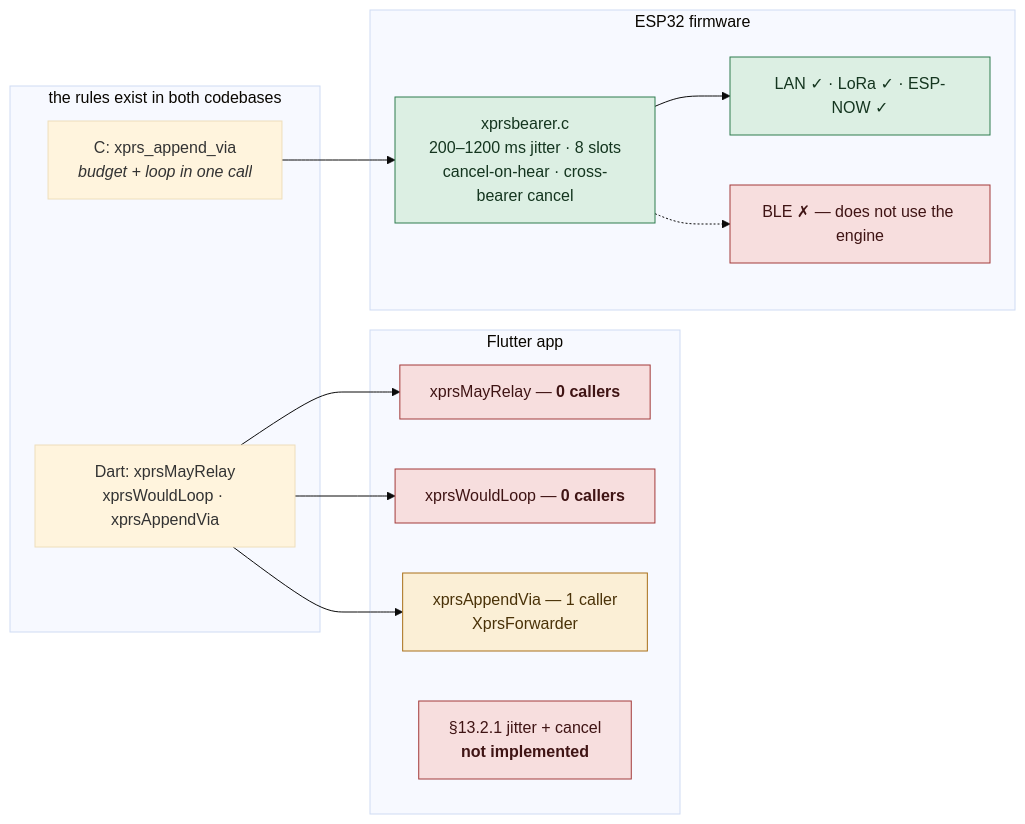
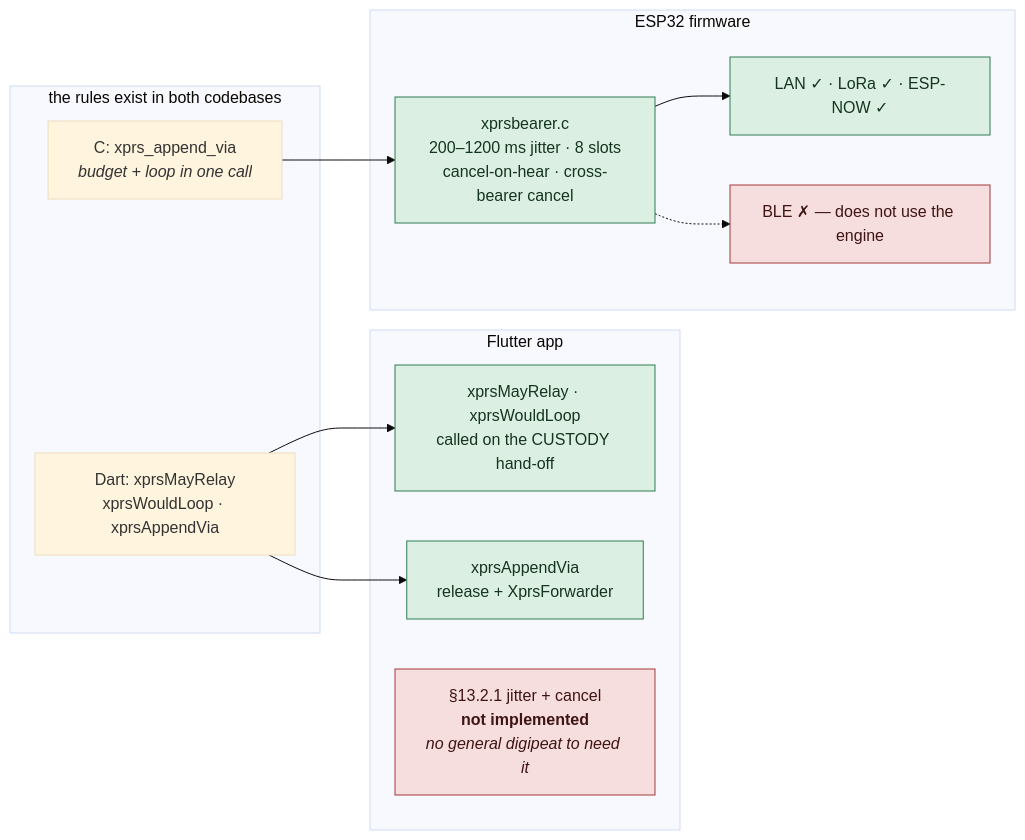
The third of 7 diagrams in docs/diagrams/relay-gateway-flow.md (xprs-dev/app), drawn with Mermaid (base theme) before and after one commit. The commit also changed other lines of this file and 1 other file, not shown here.

First line of the commit message:
Diagrams: fig 3 and the deviations table now match the code

````diff
--- a/docs/diagrams/relay-gateway-flow.md
+++ b/docs/diagrams/relay-gateway-flow.md
@@ -126,31 +126,29 @@
 ```mermaid
 flowchart LR
     subgraph CODEC["the rules exist in both codebases"]
         C1["Dart: xprsMayRelay<br/>xprsWouldLoop · xprsAppendVia"]
         C2["C: xprs_append_via<br/><i>budget + loop in one call</i>"]
     end
 
     subgraph DART["Flutter app"]
-        D1["xprsMayRelay — <b>0 callers</b>"]
-        D2["xprsWouldLoop — <b>0 callers</b>"]
-        D3["xprsAppendVia — 1 caller<br/>XprsForwarder"]
-        D4["§13.2.1 jitter + cancel<br/><b>not implemented</b>"]
+        D1["xprsMayRelay · xprsWouldLoop<br/>called on the CUSTODY hand-off"]
+        D3["xprsAppendVia<br/>release + XprsForwarder"]
+        D4["§13.2.1 jitter + cancel<br/><b>not implemented</b><br/><i>no general digipeat to need it</i>"]
     end
 
     subgraph FW["ESP32 firmware"]
         F1["xprsbearer.c<br/>200–1200 ms jitter · 8 slots<br/>cancel-on-hear · cross-bearer cancel"]
         F2["LAN ✓ · LoRa ✓ · ESP-NOW ✓"]
         F3["BLE ✗ — does not use the engine"]
     end
 
-    C1 --> D1 & D2 & D3
+    C1 --> D1 & D3
     C2 --> F1 --> F2
     F1 -.-> F3
 
     classDef dead fill:#F7DEDE,stroke:#A33A3A,color:#3F1414
     classDef live fill:#DCEFE3,stroke:#2E7D4F,color:#14351F
     classDef part fill:#FBEFD6,stroke:#A9701A,color:#4A3208
-    class D1,D2,D4,F3 dead
-    class F1,F2 live
-    class D3 part
+    class D4,F3 dead
+    class F1,F2,D1,D3 live
 ```
````
